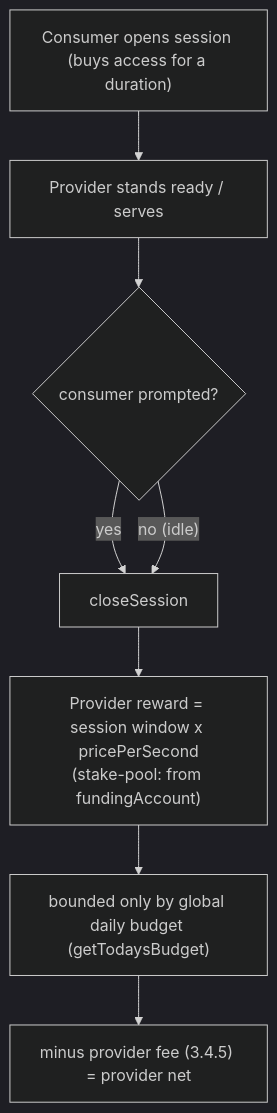
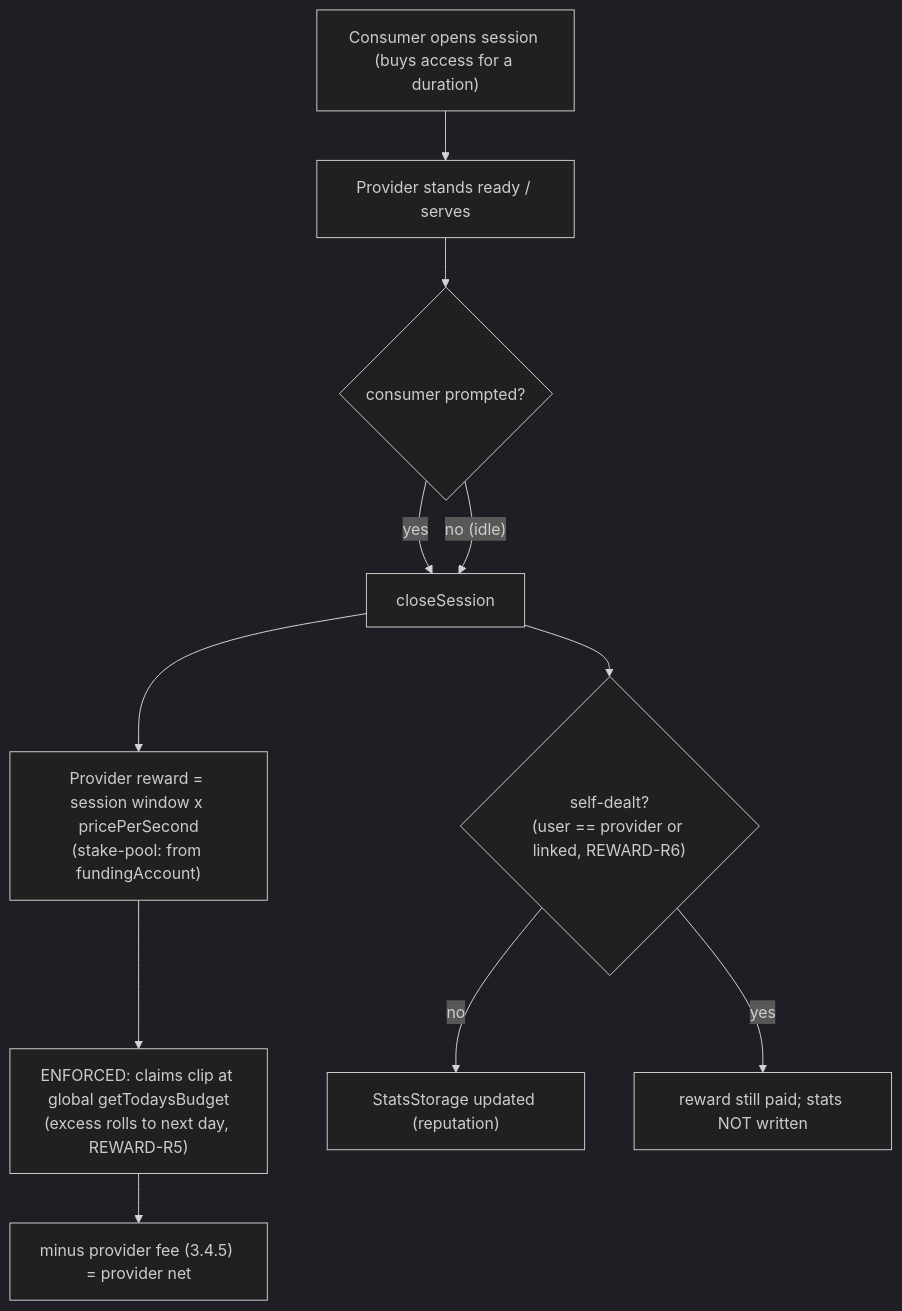
Diagram 13 of 18 in smart-contracts/docs/inference-contract-enhancements-rfp.md (cowboycoderhq/Morpheus-Lumerin-Node), drawn with Mermaid (dark theme) before and after one commit. The commit also changed other lines of this file and 1 other file, not shown here.

````diff
--- a/smart-contracts/docs/inference-contract-enhancements-rfp.md
+++ b/smart-contracts/docs/inference-contract-enhancements-rfp.md
@@ -618,10 +645,13 @@
 ```mermaid
 flowchart TD
   C["Consumer opens session (buys access for a duration)"] --> A["Provider stands ready / serves"]
   A --> P{"consumer prompted?"}
   P -->|"yes"| CL["closeSession"]
   P -->|"no (idle)"| CL
   CL --> R["Provider reward = session window x pricePerSecond<br/>(stake-pool: from fundingAccount)"]
-  R --> B["bounded only by global daily budget (getTodaysBudget)"]
+  R --> B["ENFORCED: claims clip at global getTodaysBudget<br/>(excess rolls to next day, REWARD-R5)"]
   B --> F["minus provider fee (3.4.5) = provider net"]
+  CL --> S{"self-dealt?<br/>(user == provider or linked, REWARD-R6)"}
+  S -->|"no"| ST["StatsStorage updated (reputation)"]
+  S -->|"yes"| SKIP["reward still paid; stats NOT written"]
 ```
````
